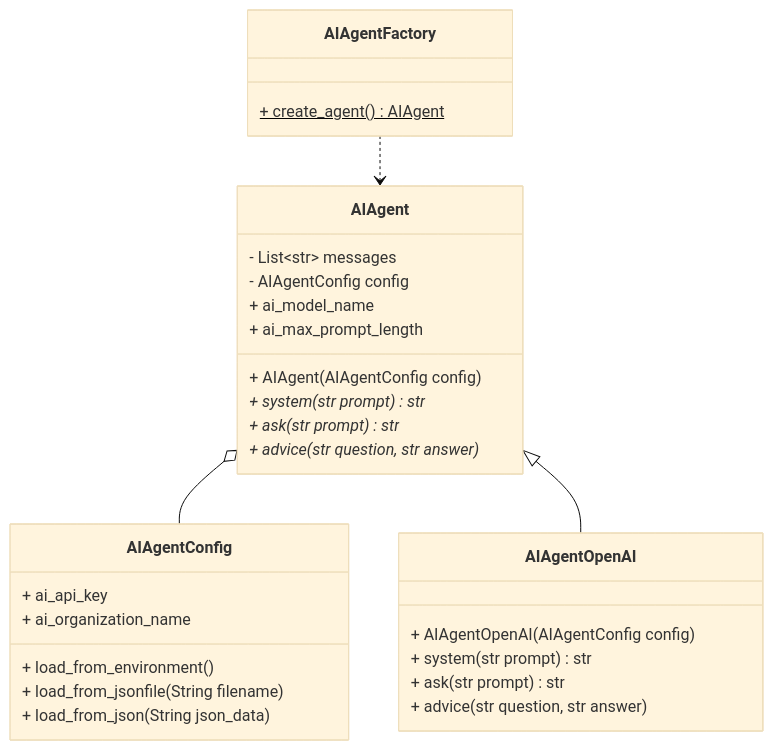
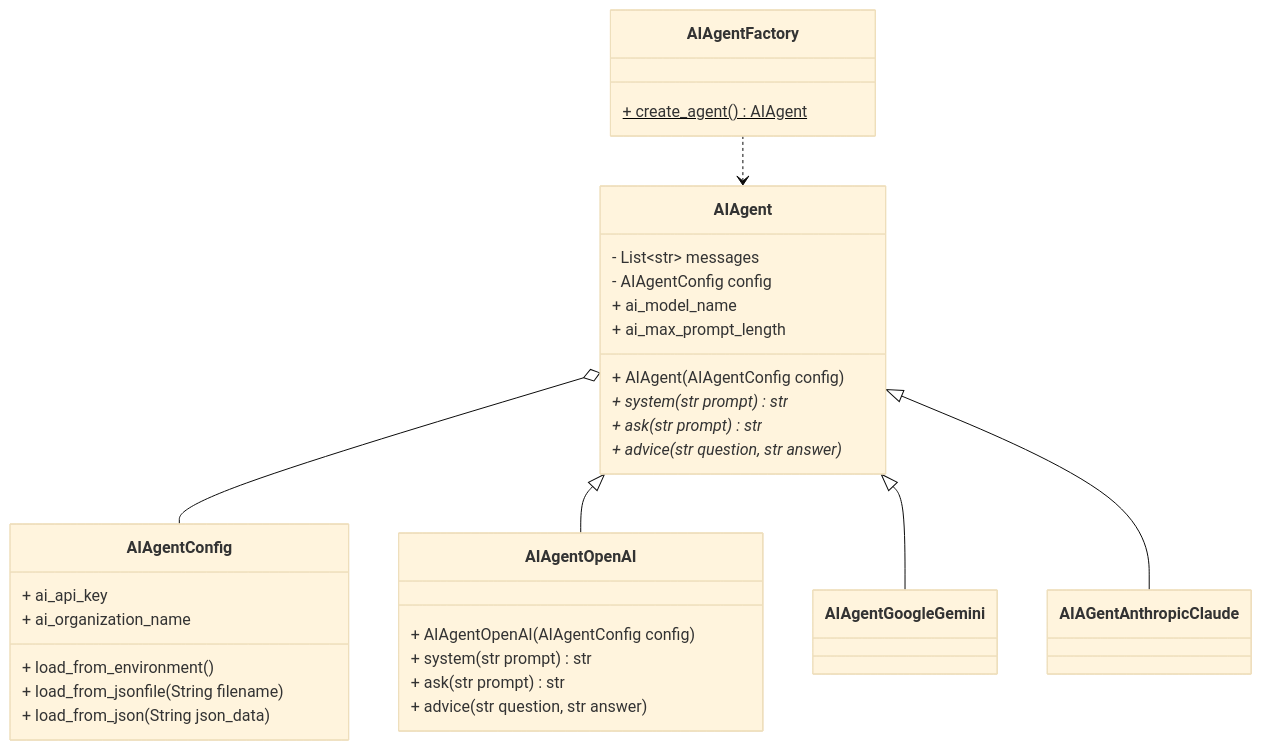
Before and after one commit to BernLeWal/AICodeMentor: the first of 2 diagrams in docs/agents.md, drawn with Mermaid (base theme). The commit also changed other lines of this file and 14 other files, not shown here.

Commit message:
added Anthropic Claude

````diff
--- a/docs/agents.md
+++ b/docs/agents.md
@@ -89,36 +89,38 @@
 ```mermaid
 classDiagram
     class AIAgentConfig {
         + ai_api_key
         + ai_organization_name
         + load_from_environment()
         + load_from_jsonfile(String filename)
         + load_from_json(String json_data)
     }
 
     class AIAgent {
         - List~str~ messages
         - AIAgentConfig config
         + ai_model_name
         + ai_max_prompt_length
 
         + AIAgent( AIAgentConfig config )
         + system( str prompt )* str
         + ask( str prompt )* str
         + advice( str question, str answer)* 
     }
     AIAgent o-- AIAgentConfig
 
     class AIAgentOpenAI {
         + AIAgentOpenAI( AIAgentConfig config )
         + system( str prompt ) str
         + ask( str prompt ) str
         + advice( str question, str answer)
     }
     AIAgent <|-- AIAgentOpenAI
+    AIAgent <|-- AIAgentGoogleGemini
+    AIAgent <|-- AIAGentAnthropicClaude
 
     class AIAgentFactory {
         + create_agent()$ AIAgent
     }
     AIAgentFactory ..> AIAgent
 ```
````
